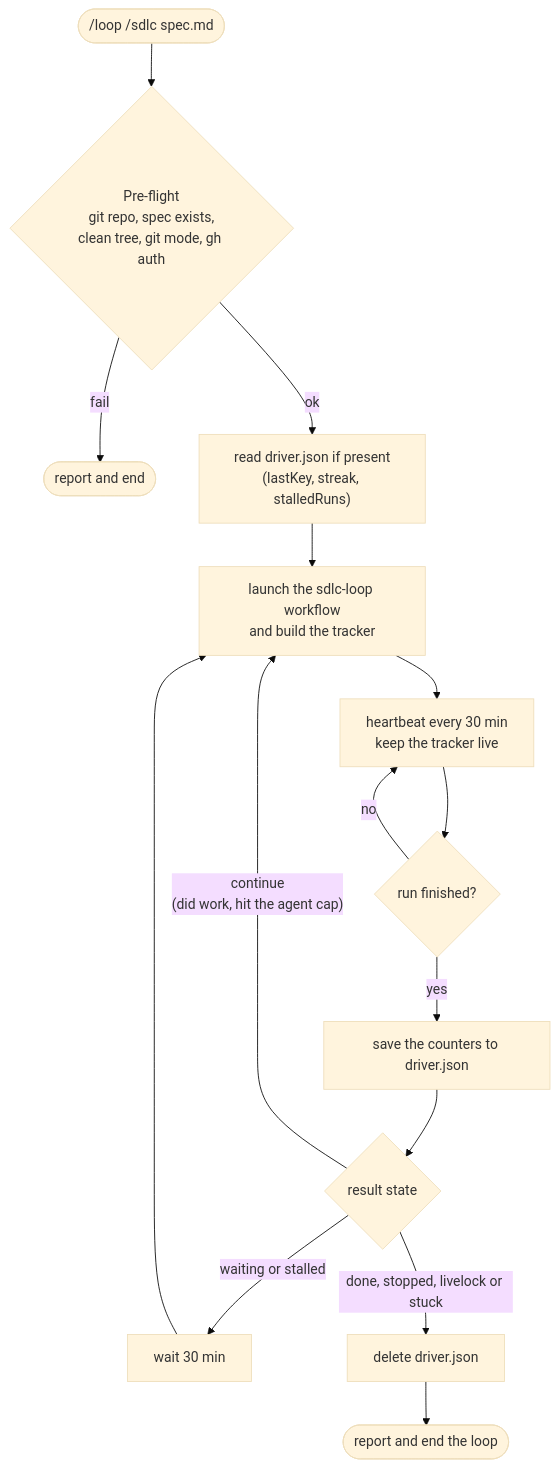
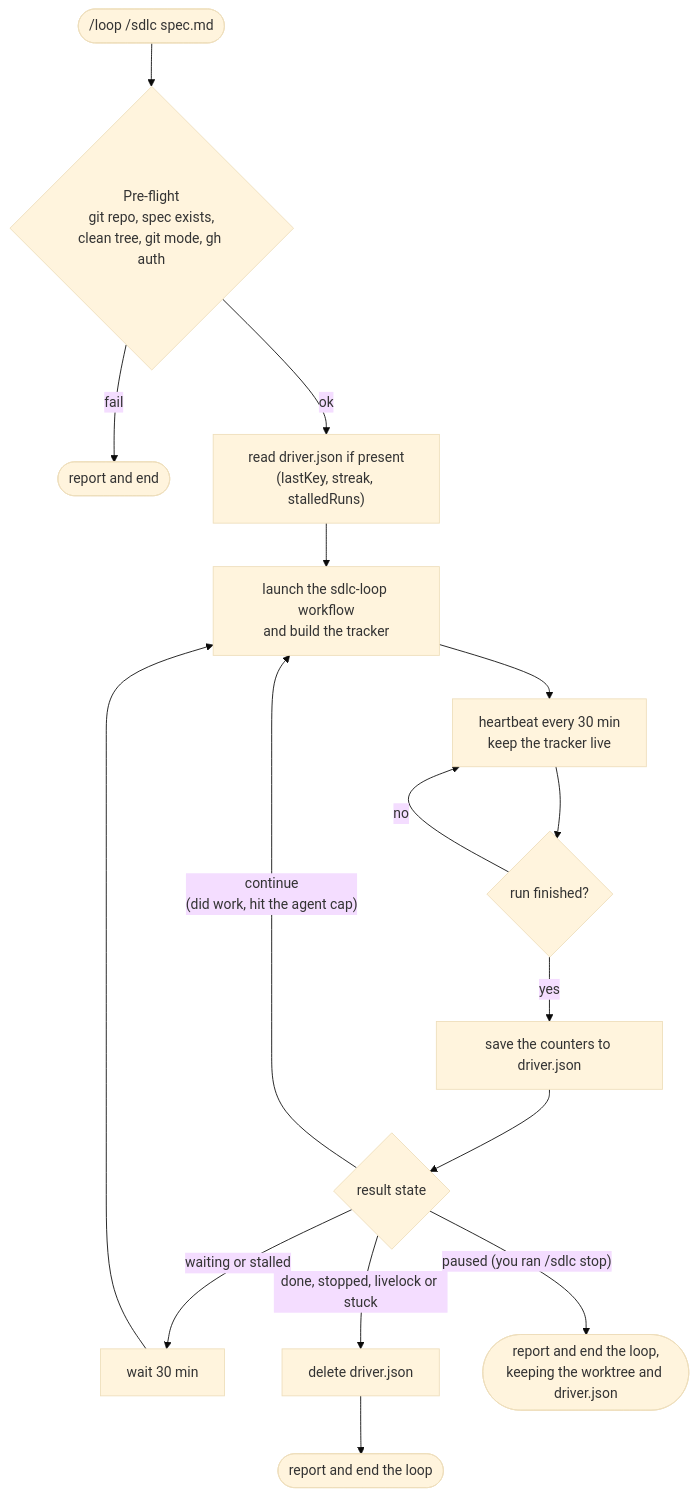
Before and after one commit to omarahr/sdlc: the first of 8 diagrams in README.md, drawn with Mermaid (base theme). The commit also changed other lines of this file and 72 other files, not shown here.

````diff
--- a/README.md
+++ b/README.md
@@ -184,15 +192,16 @@
 ```mermaid
 flowchart TD
   U(["/loop /sdlc spec.md"]) --> PF{"Pre-flight<br/>git repo, spec exists,<br/>clean tree, git mode, gh auth"}
   PF -- fail --> X1(["report and end"])
   PF -- ok --> DF["read driver.json if present<br/>(lastKey, streak, stalledRuns)"]
   DF --> L["launch the sdlc-loop workflow<br/>and build the tracker"]
   L --> HB["heartbeat every 30 min<br/>keep the tracker live"]
   HB --> L2{"run finished?"}
   L2 -- no --> HB
   L2 -- yes --> SV["save the counters to driver.json"]
   SV --> S{"result state"}
   S -- "continue<br/>(did work, hit the agent cap)" --> L
   S -- "waiting or stalled" --> W["wait 30 min"] --> L
   S -- "done, stopped, livelock or stuck" --> DEL["delete driver.json"] --> E(["report and end the loop"])
+  S -- "paused (you ran /sdlc stop)" --> E2(["report and end the loop,<br/>keeping the worktree and driver.json"])
 ```
````
